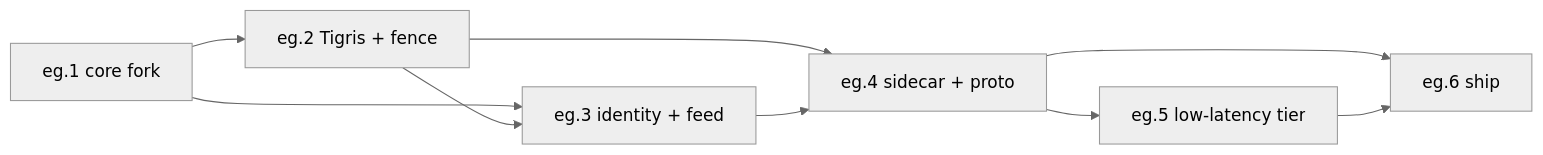
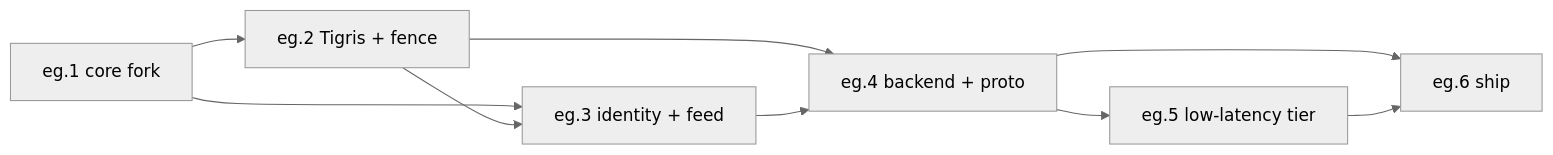
One commit to jonny-novikov/fiberfx changed the second of 2 diagrams in docs/graft/graft.roadmap.md. Above: the diagram before and after it, drawn with Mermaid (neutral theme). The commit also changed other lines of this file and 12 other files, not shown here.

````diff
--- a/docs/graft/graft.roadmap.md
+++ b/docs/graft/graft.roadmap.md
@@ -74,11 +74,11 @@
 ```mermaid
 flowchart LR
     eg1["eg.1 core fork"] --> eg2["eg.2 Tigris + fence"]
     eg1 --> eg3["eg.3 identity + feed"]
     eg2 --> eg3
-    eg2 --> eg4["eg.4 sidecar + proto"]
+    eg2 --> eg4["eg.4 backend + proto"]
     eg3 --> eg4
     eg4 --> eg5["eg.5 low-latency tier"]
     eg4 --> eg6["eg.6 ship"]
     eg5 --> eg6
 ```
````
